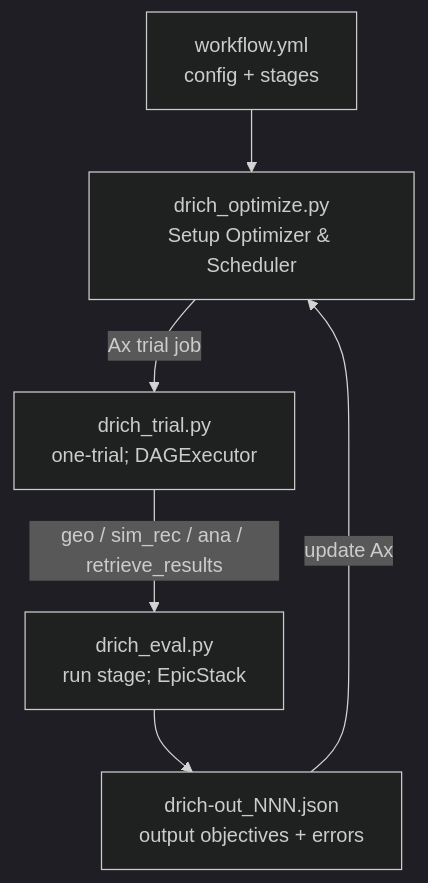
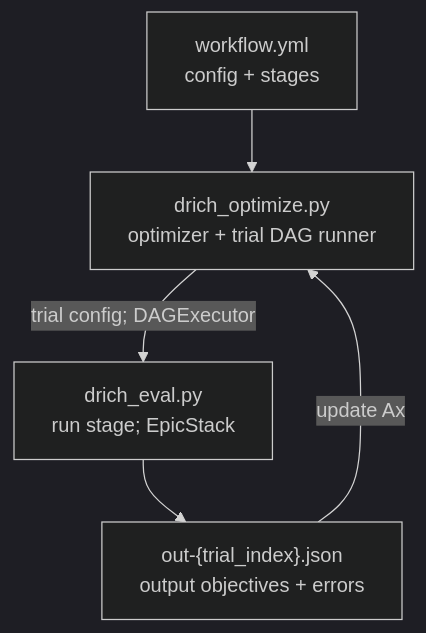
Before and after one commit to aid2e/AID2E-framework: the diagram in examples/drich/README.md, drawn with Mermaid (dark theme). The commit also changed other lines of this file and 12 other files, not shown here.

````diff
--- a/examples/drich/README.md
+++ b/examples/drich/README.md
@@ -36,14 +35,12 @@
 ```mermaid
 flowchart TB
   C["workflow.yml<br/>config + stages"]
-  O["drich_optimize.py<br/>Setup Optimizer & Scheduler"]
-  T["drich_trial.py<br/>one-trial; DAGExecutor"]
+  O["drich_optimize.py<br/>optimizer + trial DAG runner"]
   E["drich_eval.py<br/>run stage; EpicStack"]
-  R["drich-out_NNN.json<br/>output objectives + errors"]
+  R["out-{trial_index}.json<br/>output objectives + errors"]
 
   C --> O
-  O -->|"Ax trial job"| T
-  T -->|"geo / sim_rec / ana / retrieve_results"| E
+  O -->|"trial config; DAGExecutor"| E
   E --> R
   R -->|"update Ax"| O
 ```
````
